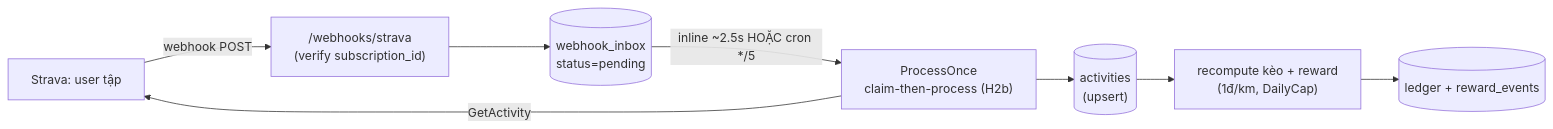
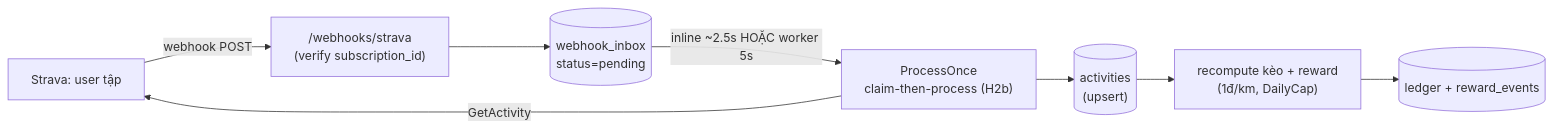
The second of 2 diagrams in docs/system-architecture.md (trinhhaox/keo), drawn with Mermaid before and after one commit. The commit also changed other lines of this file and 9 other files, not shown here.

````diff
--- a/docs/system-architecture.md
+++ b/docs/system-architecture.md
@@ -113,10 +110,10 @@
 ```mermaid
 flowchart LR
     A["Strava: user tập"] -->|webhook POST| B["/webhooks/strava\n(verify subscription_id)"]
     B --> C[("webhook_inbox\nstatus=pending")]
-    C -->|inline ~2.5s HOẶC cron */5| D["ProcessOnce\nclaim-then-process (H2b)"]
+    C -->|inline ~2.5s HOẶC worker 5s| D["ProcessOnce\nclaim-then-process (H2b)"]
     D -->|GetActivity| A
     D --> E[("activities\n(upsert)")]
     E --> F["recompute kèo + reward\n(1đ/km, DailyCap)"]
     F --> G[("ledger + reward_events")]
 ```
````
